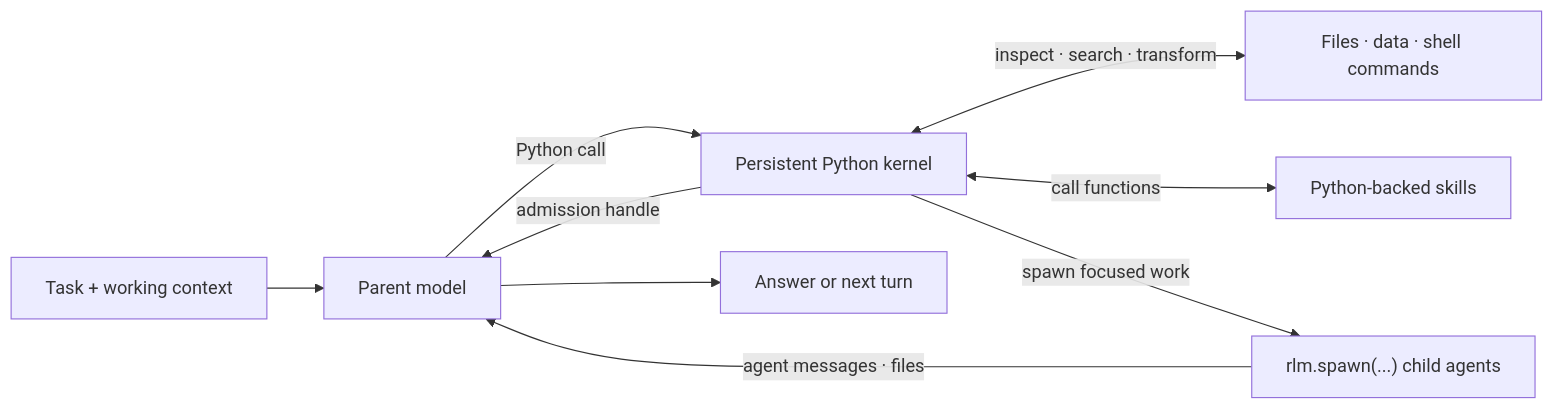
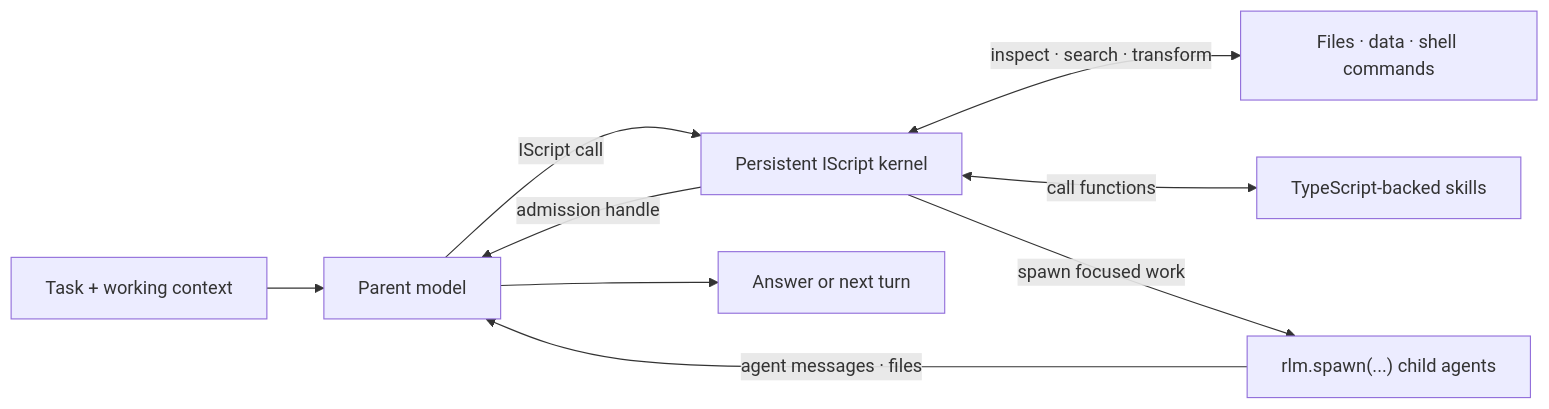
One commit to Jackhuang13/apollo-cli changed the diagram in packages/coding-agent/docs/rlm.md. Above: the diagram before and after it, drawn with Mermaid. The commit also changed other lines of this file and 35 other files, not shown here.

Commit message:
docs: migrate coding-agent docs to Apollo CLI and the IScript kernel

````diff
--- a/packages/coding-agent/docs/rlm.md
+++ b/packages/coding-agent/docs/rlm.md
@@ -7,19 +7,19 @@
 ```mermaid
 flowchart LR
     task["Task + working context"]
     parent["Parent model"]
-    kernel["Persistent Python kernel"]
+    kernel["Persistent IScript kernel"]
     data["Files · data · shell commands"]
-    skills["Python-backed skills"]
+    skills["TypeScript-backed skills"]
     children["rlm.spawn(...) child agents"]
     answer["Answer or next turn"]
 
     task --> parent
-    parent -->|"Python call"| kernel
+    parent -->|"IScript call"| kernel
     kernel <-->|"inspect · search · transform"| data
     kernel <-->|"call functions"| skills
     kernel -->|"spawn focused work"| children
     children -->|"agent messages · files"| parent
     kernel -->|"admission handle"| parent
     parent --> answer
 ```
````
